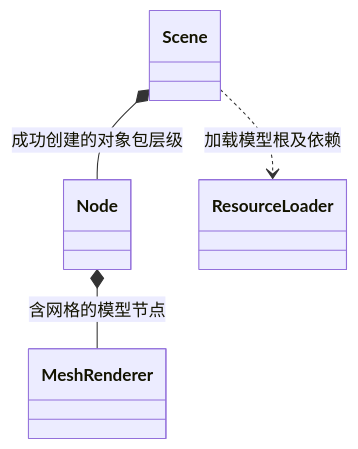
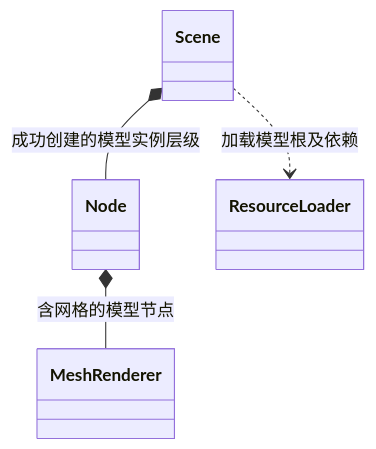
One commit to lcals/Engine changed the second of 5 diagrams in docs/runtime/class-diagrams/model-resources.md. Above: the diagram before and after it, drawn with Mermaid. The commit also changed other lines of this file and 2455 other files, not shown here.

````diff
--- a/docs/runtime/class-diagrams/model-resources.md
+++ b/docs/runtime/class-diagrams/model-resources.md
@@ -29,10 +32,10 @@
 ```mermaid
 classDiagram
     class Scene
     class Node
     class MeshRenderer
     class ResourceLoader
     Scene ..> ResourceLoader : 加载模型根及依赖
-    Scene *-- Node : 成功创建的对象包层级
+    Scene *-- Node : 成功创建的模型实例层级
     Node *-- MeshRenderer : 含网格的模型节点
 ```
````
